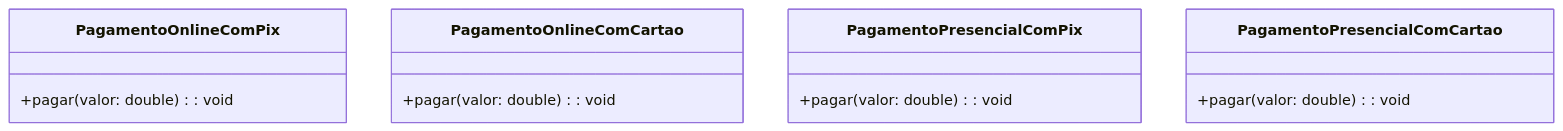
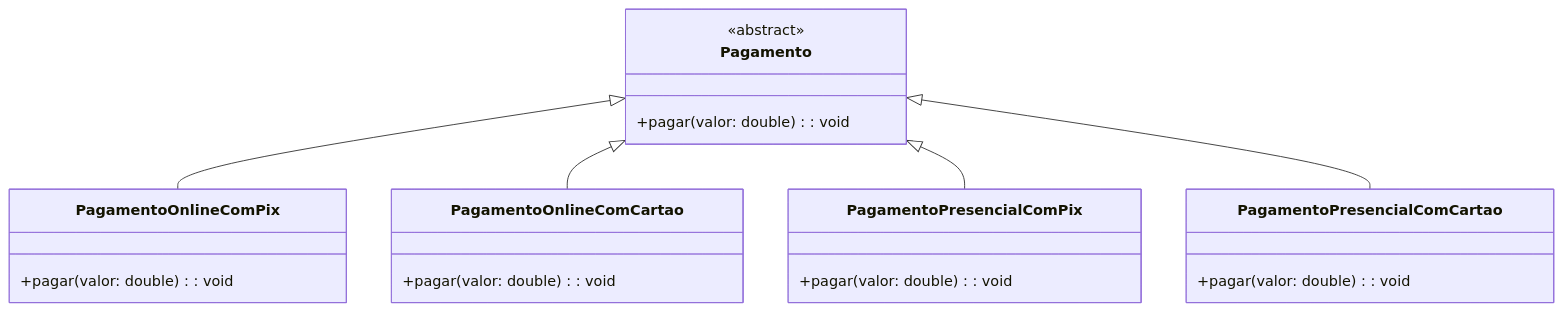
One commit to 20242-ifba-saj-ads-ppr/seminario-ppr-estrutural-bridge-prototype changed the first of 2 diagrams in readme.md. Above: the diagram before and after it, drawn with Mermaid. The commit also changed other lines of this file, not shown here.

````diff
--- a/readme.md
+++ b/readme.md
@@ -46,15 +59,28 @@
 ```mermaid
 classDiagram
+    class Pagamento {
+        <<abstract>>
+        +pagar(valor: double): void
+    }
+
     class PagamentoOnlineComPix {
         +pagar(valor: double): void
     }
+
     class PagamentoOnlineComCartao {
         +pagar(valor: double): void
     }
+
     class PagamentoPresencialComPix {
         +pagar(valor: double): void
     }
+
     class PagamentoPresencialComCartao {
         +pagar(valor: double): void
     }
+
+    Pagamento <|-- PagamentoOnlineComPix
+    Pagamento <|-- PagamentoOnlineComCartao
+    Pagamento <|-- PagamentoPresencialComPix
+    Pagamento <|-- PagamentoPresencialComCartao
 ```
````
